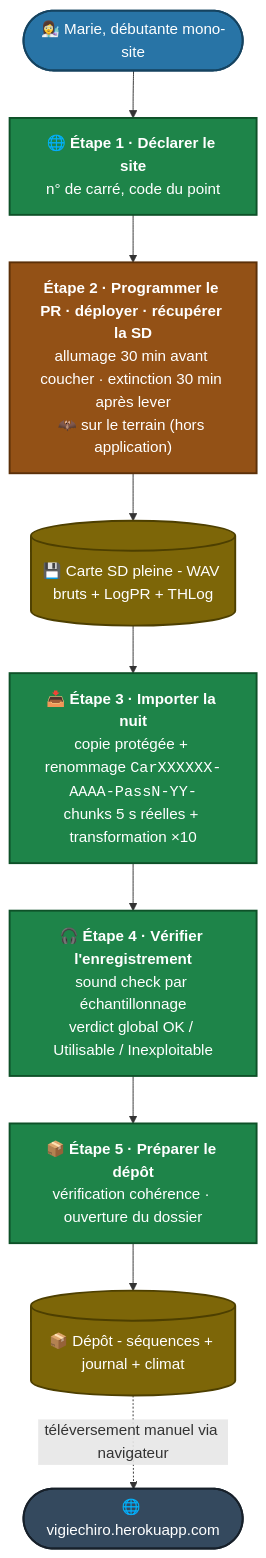
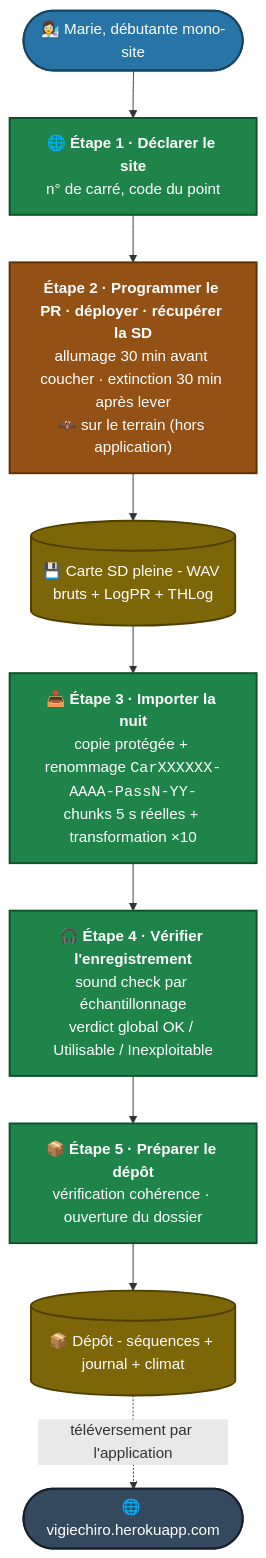
Before and after one commit to IUTInfoAix-S201/vigiechiro-pr-companion: the diagram in brief/docs/Analyse et conception/Parcours utilisateurs/P0 - plein écran.md, drawn with Mermaid. The commit also changed other lines of this file and 13 other files, not shown here.

First line of the commit message:
docs(depot): le dépôt n'est plus manuel, en prose et dans la maquette M-Lot (#2404)

````diff
--- a/brief/docs/Analyse et conception/Parcours utilisateurs/P0 - plein écran.md
+++ b/brief/docs/Analyse et conception/Parcours utilisateurs/P0 - plein écran.md
@@ -31,32 +31,32 @@
 ```mermaid
 %%{init: {"themeCSS": ".nodeLabel, .nodeLabel p, .nodeLabel span { color: #fff !important; fill: #fff !important; }"}}%%
 flowchart TB
     Marie(["👩‍🔬 Marie, débutante mono-site"])
     Marie --> S1
     S1["🌐 <b>Étape 1 · Déclarer le site</b><br/>n° de carré, code du point"]
     S1 --> S2
     S2["<b>Étape 2 · Programmer le PR · déployer · récupérer la SD</b><br/>allumage 30 min avant coucher · extinction 30 min après lever<br/>🦇 sur le terrain (hors application)"]
     S2 --> SD
     SD[("💾 Carte SD pleine - WAV bruts + LogPR + THLog")]
     SD --> S3
     S3["📥 <b>Étape 3 · Importer la nuit</b><br/>copie protégée + renommage <code>CarXXXXXX-AAAA-PassN-YY-</code><br/>chunks 5 s réelles + transformation ×10"]
     S3 --> S4
     S4["🎧 <b>Étape 4 · Vérifier l'enregistrement</b><br/>sound check par échantillonnage<br/>verdict global OK / Utilisable / Inexploitable"]
     S4 --> S5
     S5["📦 <b>Étape 5 · Préparer le dépôt</b><br/>vérification cohérence · ouverture du dossier"]
     S5 --> Lot
     Lot[("📦 Dépôt - séquences + journal + climat")]
-    Lot -.téléversement manuel via navigateur.-> VC
+    Lot -.téléversement par l'application.-> VC
     VC(["🌐 vigiechiro.herokuapp.com"])
 
     classDef step fill:#1e8449,stroke:#0e5128,color:#fff,stroke-width:2px
     classDef offapp fill:#935116,stroke:#5b3009,color:#fff,stroke-width:2px
     classDef artifact fill:#7d6608,stroke:#4d3f00,color:#fff,stroke-width:2px
     classDef ext fill:#34495e,stroke:#17202a,color:#fff,stroke-width:2px
     classDef actor fill:#2874a6,stroke:#154360,color:#fff,stroke-width:2px
     class S1,S3,S4,S5 step
     class S2 offapp
     class SD,Lot artifact
     class VC ext
     class Marie actor
 ```
````
